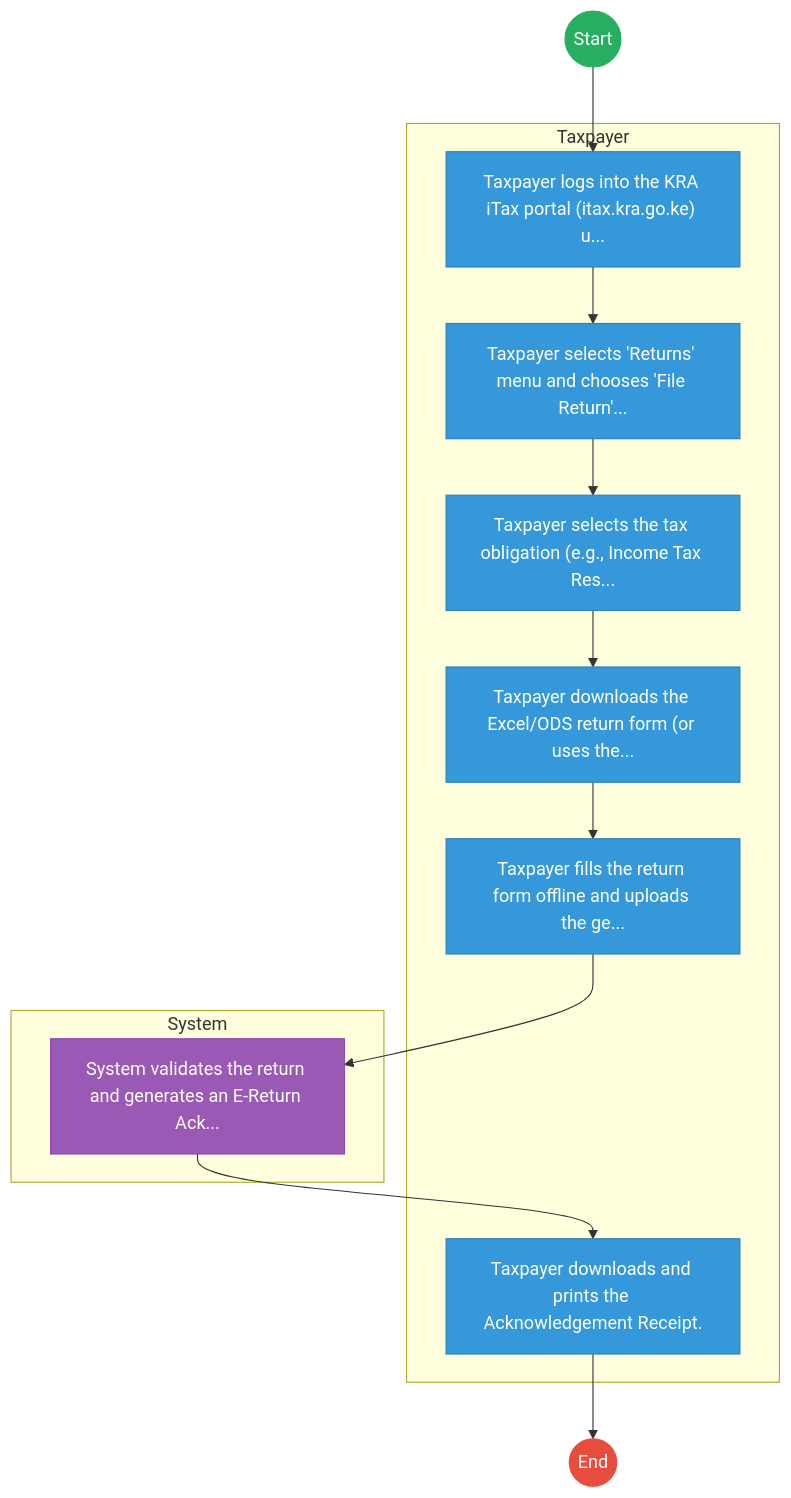
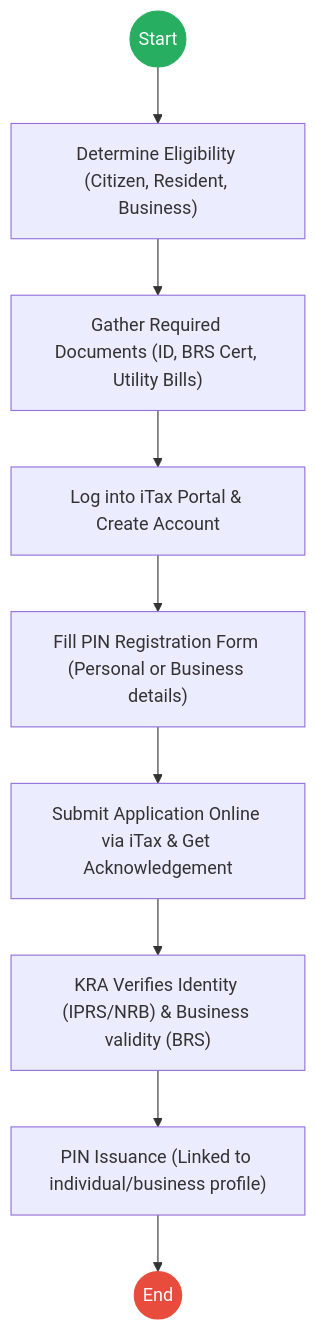
One commit to BITZ-IT-Consulting-LTD/ictapoc changed the first of 4 diagrams in mdas/docs_final/Kenya_Revenue_Authority___Tax_Return_Filing.md. Above: the diagram before and after it, drawn with Mermaid. The commit also changed other lines of this file and 6 other files, not shown here.

````diff
--- a/mdas/docs_final/Kenya_Revenue_Authority___Tax_Return_Filing.md
+++ b/mdas/docs_final/Kenya_Revenue_Authority___Tax_Return_Filing.md
@@ -20,34 +20,16 @@
 ```mermaid
 graph TD
     Start((Start)) --> S1
-
-    subgraph Taxpayer [Taxpayer]
-        S1["Taxpayer logs into the KRA iTax portal (itax.kra.go.ke) u..."]
-        S2["Taxpayer selects 'Returns' menu and chooses 'File Return'..."]
-        S3["Taxpayer selects the tax obligation (e.g., Income Tax Res..."]
-        S4["Taxpayer downloads the Excel/ODS return form (or uses the..."]
-        S5["Taxpayer fills the return form offline and uploads the ge..."]
-        S7["Taxpayer downloads and prints the Acknowledgement Receipt."]
-    end
-
-    subgraph System [System]
-        S6["System validates the return and generates an E-Return Ack..."]
-    end
-    S1 --> S2
-    S2 --> S3
-    S3 --> S4
-    S4 --> S5
-    S5 --> S6
-    S6 --> S7
-    S7 --> End((End))
+    S1["Determine Eligibility (Citizen, Resident, Business)"] --> S2
+    S2["Gather Required Documents (ID, BRS Cert, Utility Bills)"] --> S3
+    S3["Log into iTax Portal & Create Account"] --> S4
+    S4["Fill PIN Registration Form (Personal or Business details)"] --> S5
+    S5["Submit Application Online via iTax & Get Acknowledgement"] --> S6
+    S6["KRA Verifies Identity (IPRS/NRB) & Business validity (BRS)"] --> S7
+    S7["PIN Issuance (Linked to individual/business profile)"] --> End((End))
 
     classDef start fill:#27ae60,stroke:#27ae60,color:#fff;
     classDef endNode fill:#e74c3c,stroke:#e74c3c,color:#fff;
-    classDef userTask fill:#3498db,stroke:#2980b9,color:#fff;
-    classDef serviceTask fill:#9b59b6,stroke:#8e44ad,color:#fff;
-
     class Start start;
     class End endNode;
-    class S1,S2,S3,S4,S5,S7 userTask;
-    class S6 serviceTask;
 ```
````
